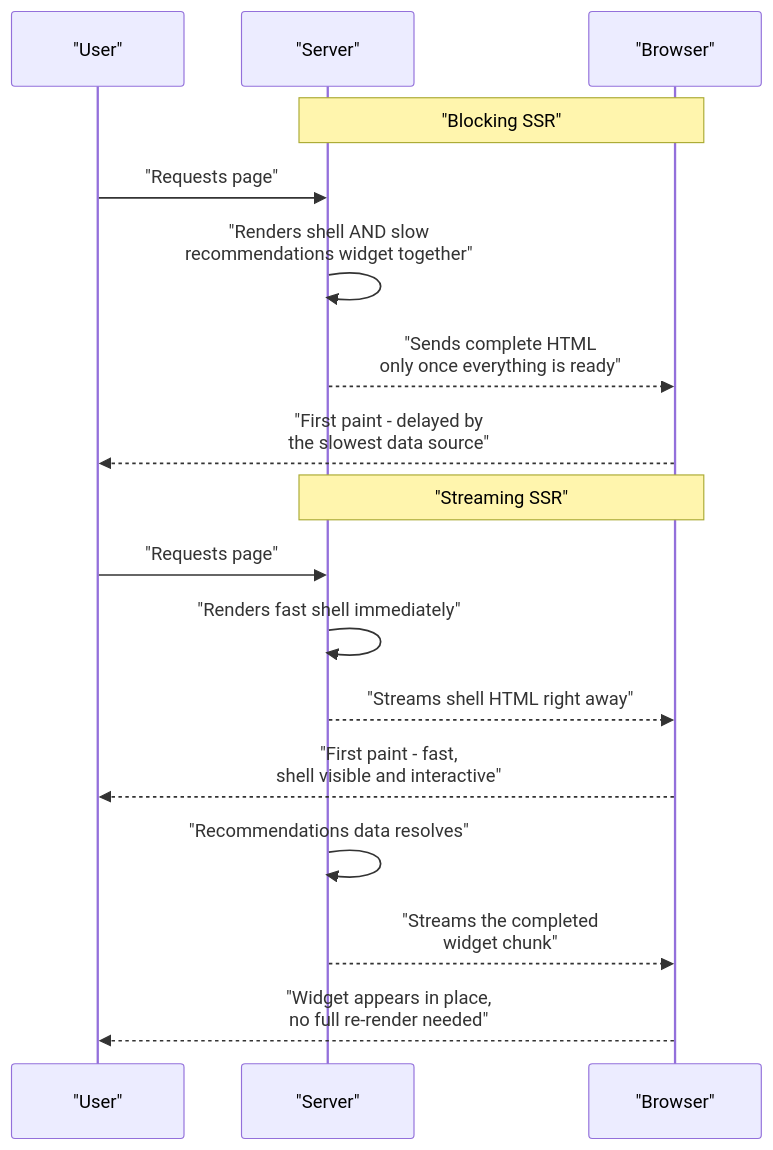
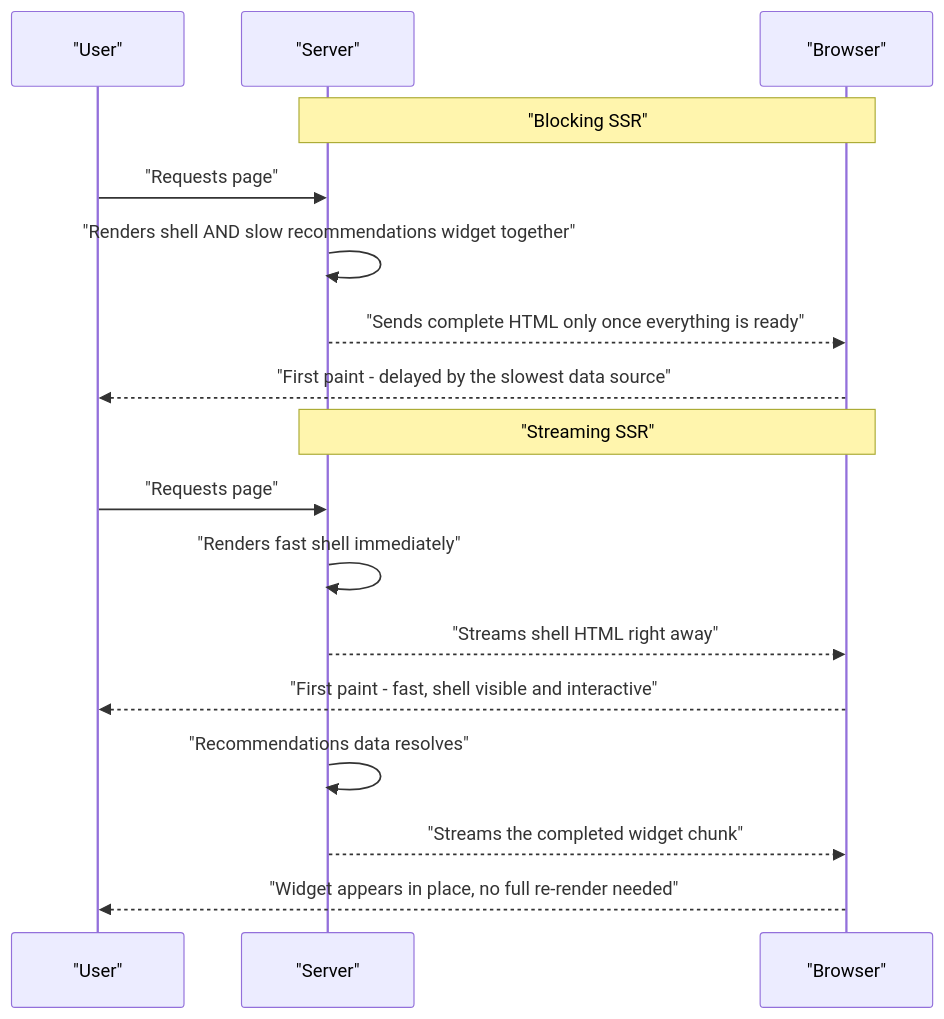
Before and after one commit to vinayakhumberi/litmus: the second of 2 diagrams in data/topics/advanced-rendering-strategies.md, drawn with Mermaid. The commit also changed other lines of this file and 68 other files, not shown here.

````diff
--- a/data/topics/advanced-rendering-strategies.md
+++ b/data/topics/advanced-rendering-strategies.md
@@ -132,21 +132,21 @@
 ```mermaid
 sequenceDiagram
     participant U as "User"
     participant S as "Server"
     participant B as "Browser"
 
     Note over S,B: "Blocking SSR"
     U->>S: "Requests page"
-    S->>S: "Renders shell AND slow<br>recommendations widget together"
-    S-->>B: "Sends complete HTML<br>only once everything is ready"
-    B-->>U: "First paint - delayed by<br>the slowest data source"
+    S->>S: "Renders shell AND slow recommendations widget together"
+    S-->>B: "Sends complete HTML only once everything is ready"
+    B-->>U: "First paint - delayed by the slowest data source"
 
     Note over S,B: "Streaming SSR"
     U->>S: "Requests page"
     S->>S: "Renders fast shell immediately"
     S-->>B: "Streams shell HTML right away"
-    B-->>U: "First paint - fast,<br>shell visible and interactive"
+    B-->>U: "First paint - fast, shell visible and interactive"
     S->>S: "Recommendations data resolves"
-    S-->>B: "Streams the completed<br>widget chunk"
-    B-->>U: "Widget appears in place,<br>no full re-render needed"
+    S-->>B: "Streams the completed widget chunk"
+    B-->>U: "Widget appears in place, no full re-render needed"
 ```
````
